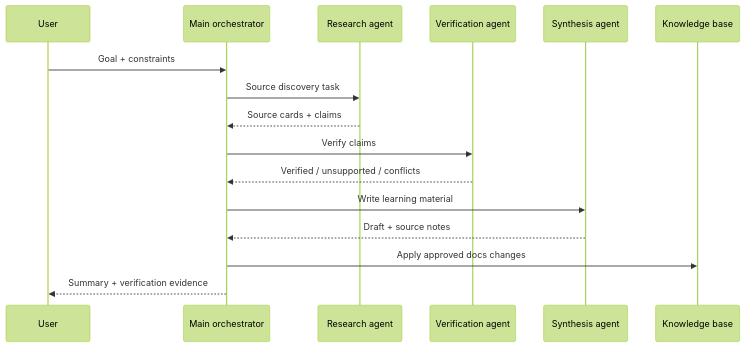
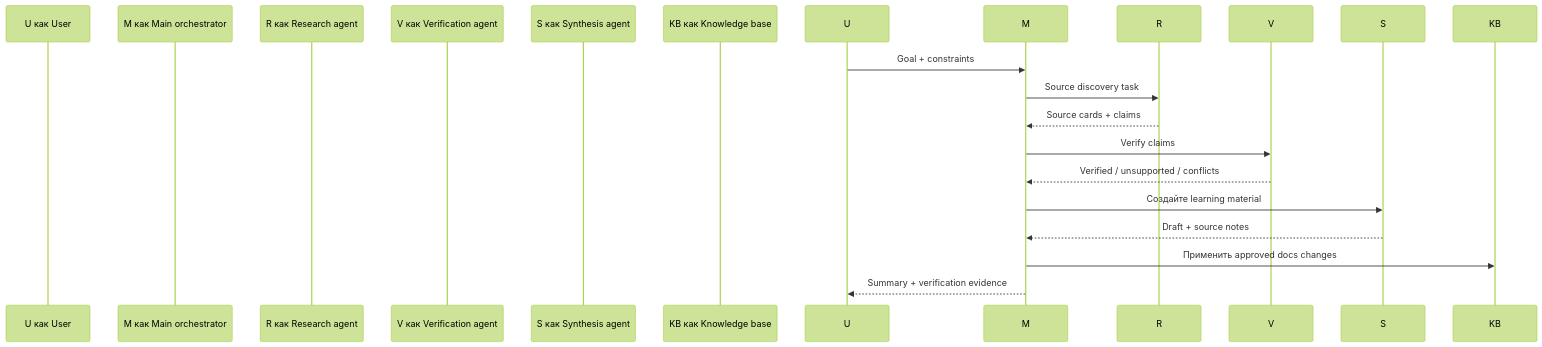
Before and after one commit to alexroadcaster/product-agent-os: the second of 5 diagrams in docs/diagrams/architecture.md, drawn with Mermaid (forest theme). The commit also changed other lines of this file and 447 other files, not shown here.

````diff
--- a/docs/diagrams/architecture.md
+++ b/docs/diagrams/architecture.md
@@ -28,19 +28,19 @@
 ```mermaid
 sequenceDiagram
-    participant U as User
-    participant M as Main orchestrator
-    participant R as Research agent
-    participant V as Verification agent
-    participant S as Synthesis agent
-    participant KB as Knowledge base
+    participant U как User
+    participant M как Main orchestrator
+    participant R как Research agent
+    participant V как Verification agent
+    participant S как Synthesis agent
+    participant KB как Knowledge base
 
     U->>M: Goal + constraints
     M->>R: Source discovery task
     R-->>M: Source cards + claims
     M->>V: Verify claims
     V-->>M: Verified / unsupported / conflicts
-    M->>S: Write learning material
+    M->>S: Создайте learning material
     S-->>M: Draft + source notes
-    M->>KB: Apply approved docs changes
+    M->>KB: Применить approved docs changes
     M-->>U: Summary + verification evidence
 ```
````
